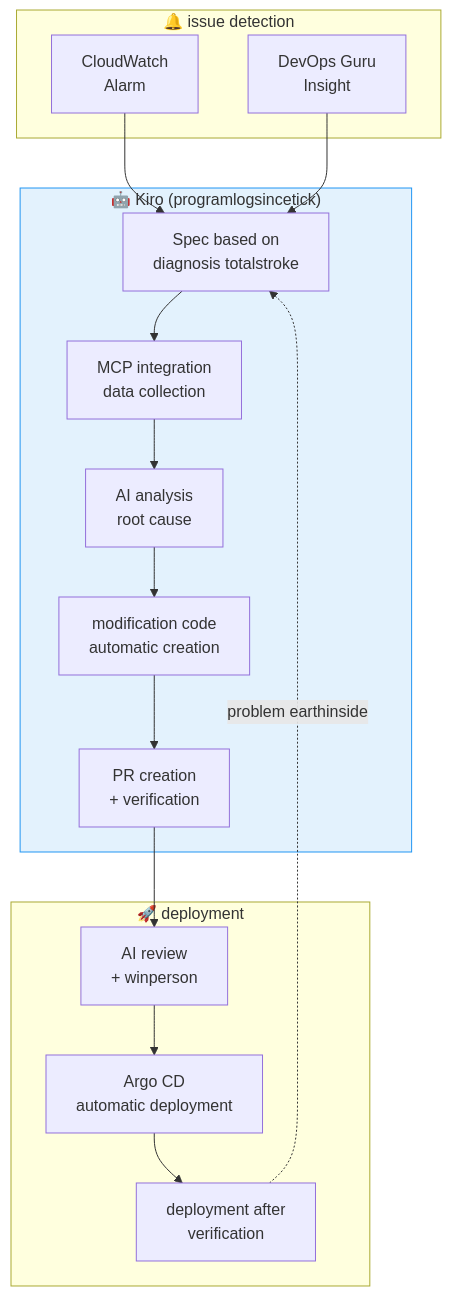
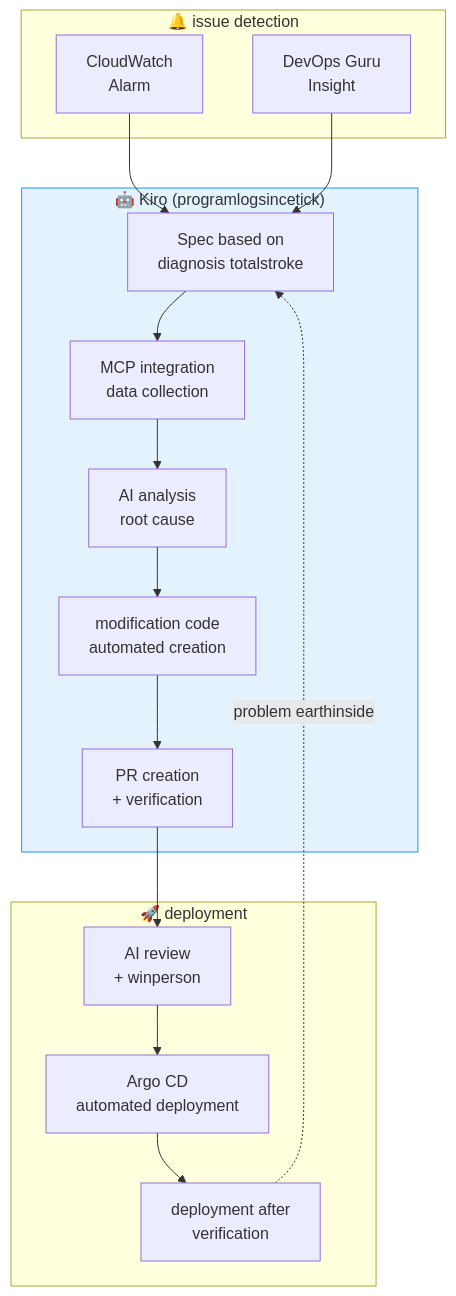
The tenth of 13 diagrams in i18n/en/docusaurus-plugin-content-docs/current/aiops-aidlc/aiops-predictive-operations.md (devfloor9/engineering-playbook), drawn with Mermaid before and after one commit. The commit also changed other lines of this file, not shown here.

````diff
--- a/i18n/en/docusaurus-plugin-content-docs/current/aiops-aidlc/aiops-predictive-operations.md
+++ b/i18n/en/docusaurus-plugin-content-docs/current/aiops-aidlc/aiops-predictive-operations.md
@@ -2677,29 +2663,26 @@
 ```mermaid
 graph TD
 subgraph Trigger2["🔔 issue detection"]
 ALERT["CloudWatch<br/>Alarm"]
 GURU["DevOps Guru<br/>Insight"]
 end
 
 subgraph Kiro2["🤖 Kiro (programlogsincetick)"]
 SPEC["Spec based on<br/>diagnosis totalstroke"]
 MCP_Q["MCP integration<br/>data collection"]
 ANALYZE2["AI analysis<br/>root cause"]
-FIX["modification code<br/>automatic creation"]
+FIX["modification code<br/>automated creation"]
 PR["PR creation<br/>+ verification"]
 end
 
 subgraph Deploy2["🚀 deployment"]
 REVIEW["AI review<br/>+ winperson"]
-ARGO2["Argo CD<br/>automatic deployment"]
+ARGO2["Argo CD<br/>automated deployment"]
 VERIFY["deployment after<br/>verification"]
 end
 
 ALERT --> SPEC
-GURU --> SPEC
-SPEC --> MCP_Q --> ANALYZE2 --> FIX --> PR
-PR --> REVIEW --> ARGO2 --> VERIFY
-VERIFY -.->|problem earthinside| SPEC
+GURU --> SPEC --> MCP_Q --> ANALYZE2 --> FIX --> PR --> REVIEW --> ARGO2 --> VERIFY -.->|problem earthinside| SPEC
 
 style Kiro2 fill:#e3f2fd,stroke:#2196f3
 ```
````
